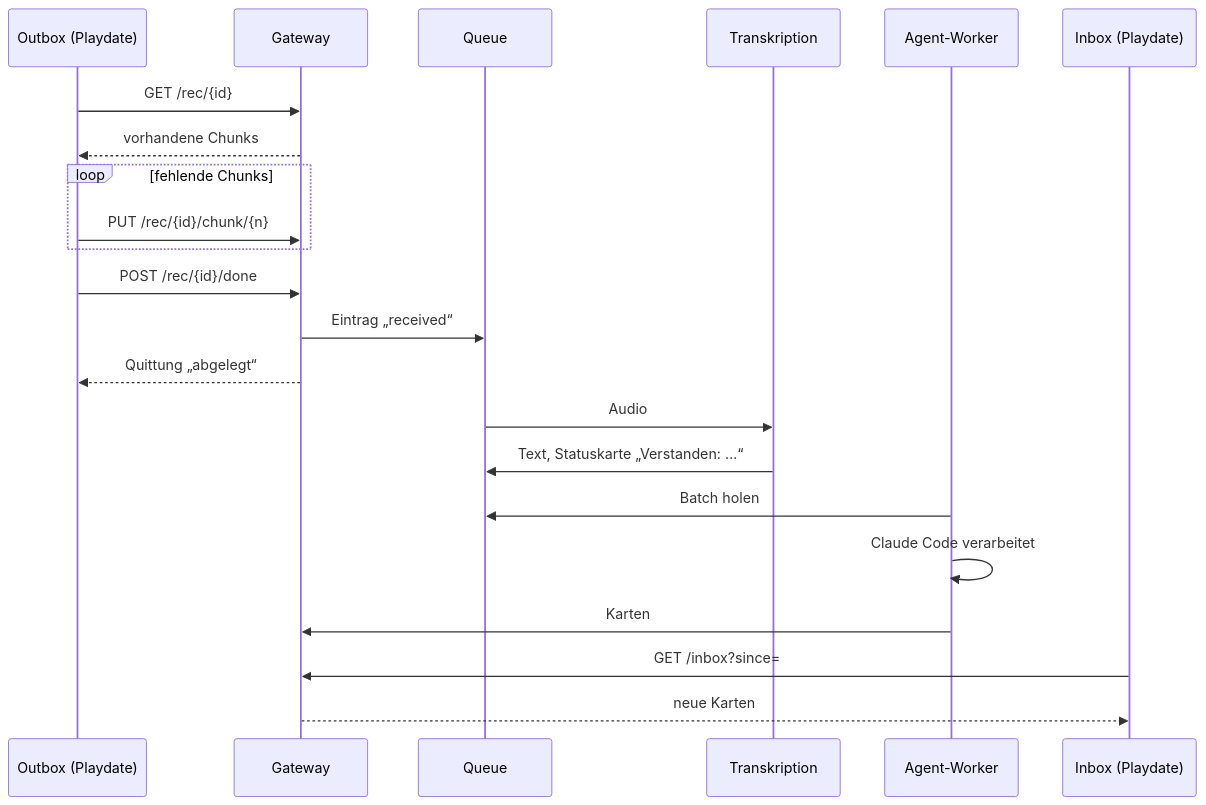
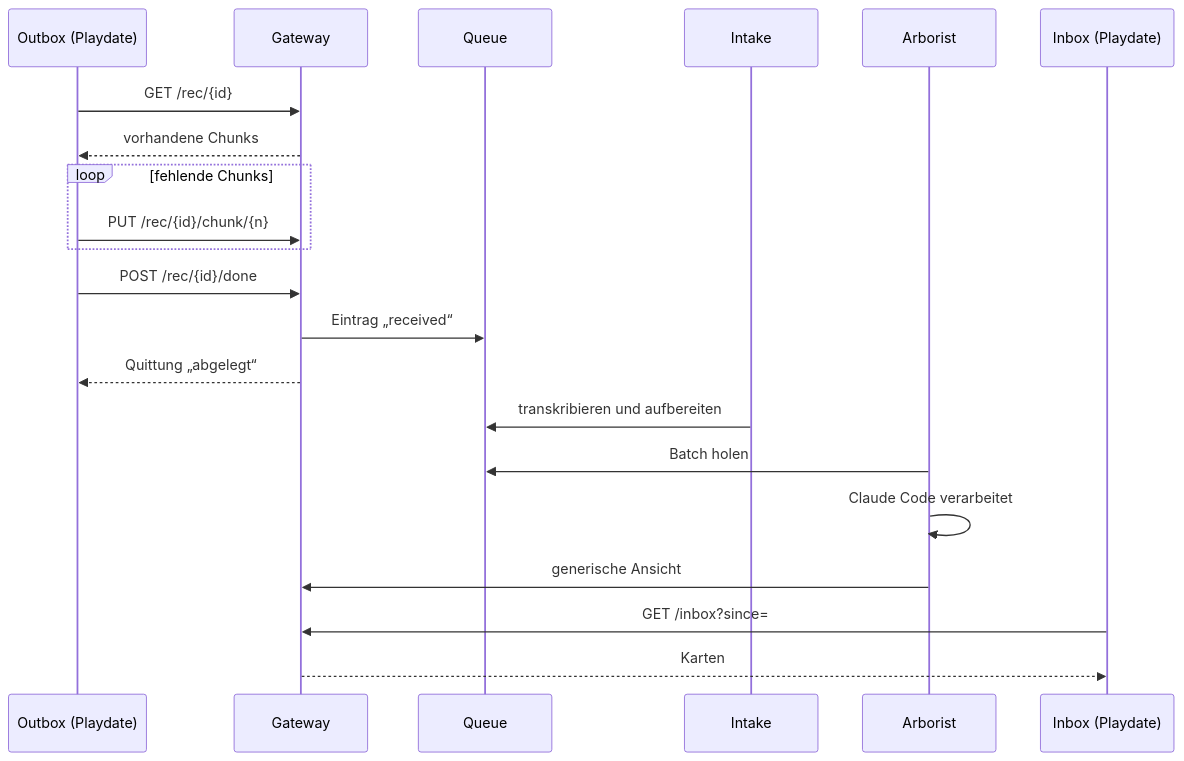
One commit to merlinbecker/playdate-claude-client changed the seventh of 11 diagrams in docs/arc42.md. Above: the diagram before and after it, drawn with Mermaid. The commit also changed other lines of this file and 2 other files, not shown here.

First line of the commit message:
docs: README und arc42 als Gesamtbild von Arborist

````diff
--- a/docs/arc42.md
+++ b/docs/arc42.md
@@ -182,24 +245,23 @@
 ```mermaid
 sequenceDiagram
     participant O as Outbox (Playdate)
     participant G as Gateway
     participant Q as Queue
-    participant T as Transkription
-    participant A as Agent-Worker
+    participant T as Intake
+    participant A as Arborist
     participant I as Inbox (Playdate)
     O->>G: GET /rec/{id}
     G-->>O: vorhandene Chunks
     loop fehlende Chunks
         O->>G: PUT /rec/{id}/chunk/{n}
     end
     O->>G: POST /rec/{id}/done
     G->>Q: Eintrag „received“
     G-->>O: Quittung „abgelegt“
-    Q->>T: Audio
-    T->>Q: Text, Statuskarte „Verstanden: …“
+    T->>Q: transkribieren und aufbereiten
     A->>Q: Batch holen
     A->>A: Claude Code verarbeitet
-    A->>G: Karten
+    A->>G: generische Ansicht
     I->>G: GET /inbox?since=
-    G-->>I: neue Karten
+    G-->>I: Karten
 ```
````
